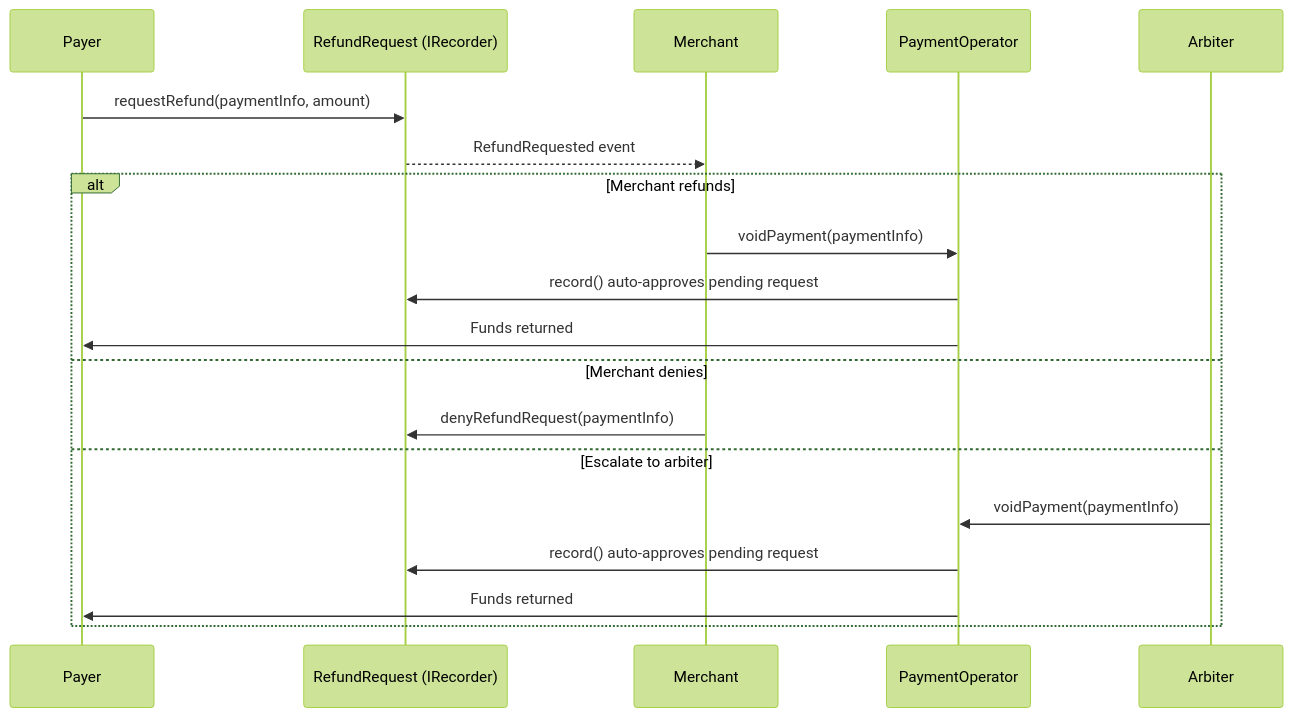
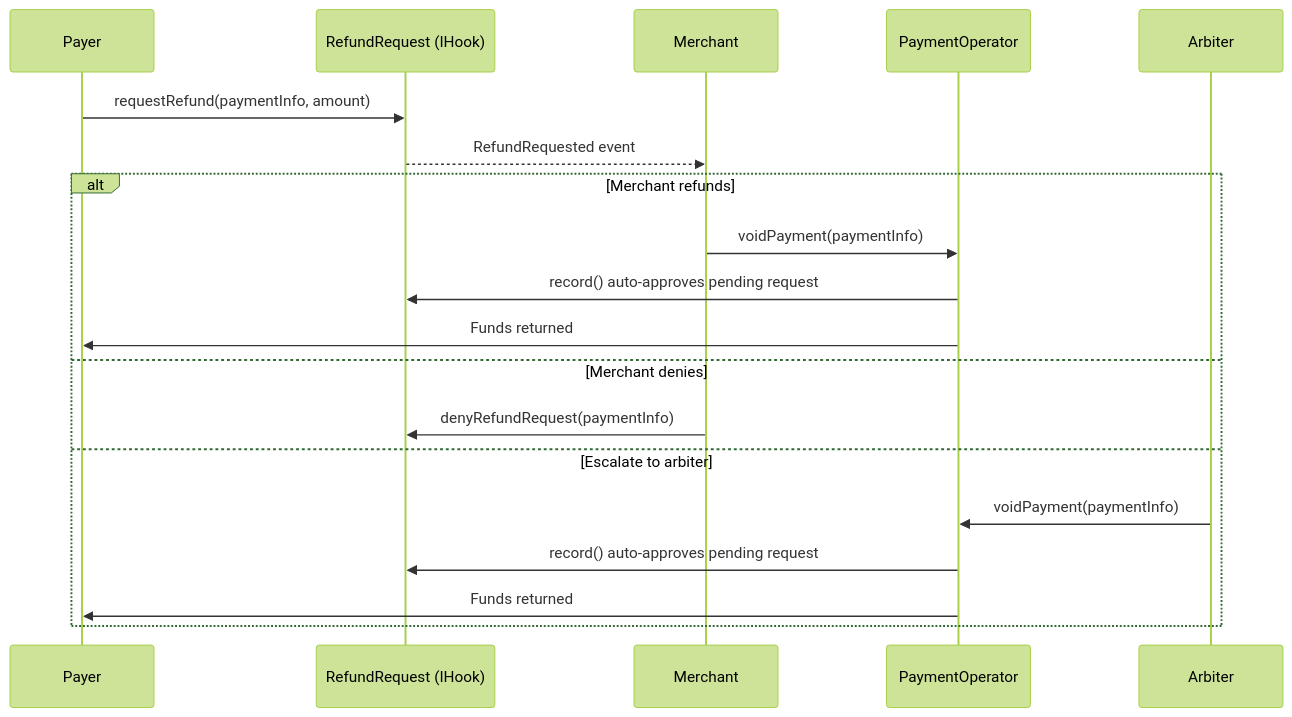
One commit to BackTrackCo/docs changed the second of 3 diagrams in sdk/concepts.mdx. Above: the diagram before and after it, drawn with Mermaid (forest theme). The commit also changed other lines of this file and 51 other files, not shown here.

````diff
--- a/sdk/concepts.mdx
+++ b/sdk/concepts.mdx
@@ -102,23 +102,23 @@
 ```mermaid
 sequenceDiagram
     participant P as Payer
-    participant R as RefundRequest (IRecorder)
+    participant R as RefundRequest (IHook)
     participant M as Merchant
     participant O as PaymentOperator
     participant A as Arbiter
 
     P->>R: requestRefund(paymentInfo, amount)
     R-->>M: RefundRequested event
 
     alt Merchant refunds
         M->>O: voidPayment(paymentInfo)
         O->>R: record() auto-approves pending request
         O->>P: Funds returned
     else Merchant denies
         M->>R: denyRefundRequest(paymentInfo)
     else Escalate to arbiter
         A->>O: voidPayment(paymentInfo)
         O->>R: record() auto-approves pending request
         O->>P: Funds returned
     end
 ```
````
